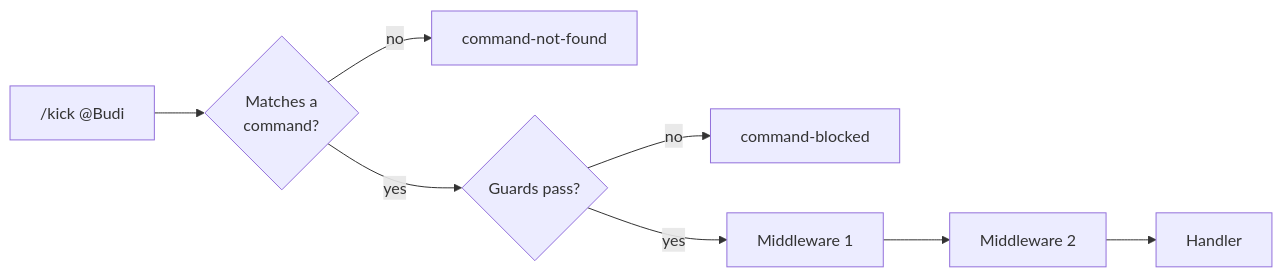
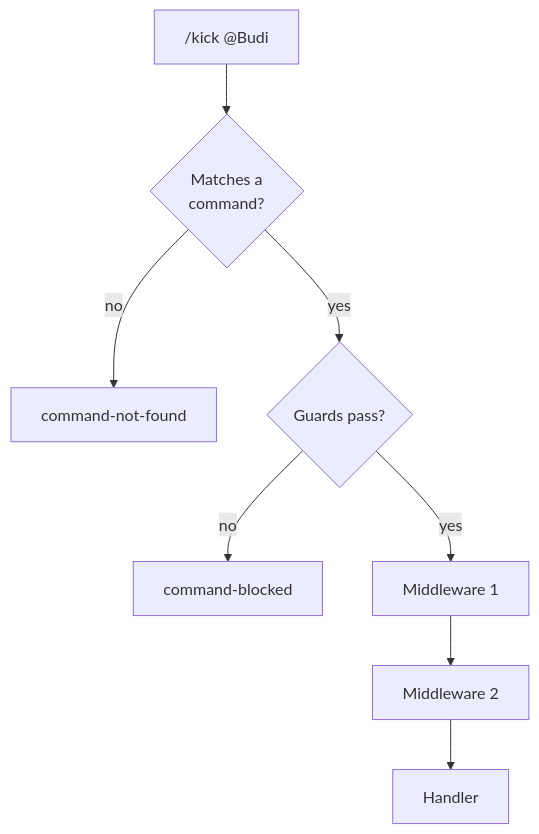
One commit to zeative/zaileys changed the diagram in docs/bots/middleware.mdx. Above: the diagram before and after it, drawn with Mermaid. The commit also changed 1 other file, not shown here.

Commit message:
docs: lay out the middleware and reconnect diagrams top to bottom

````diff
--- a/docs/bots/middleware.mdx
+++ b/docs/bots/middleware.mdx
@@ -55,8 +55,8 @@
 ```mermaid
-flowchart LR
+flowchart TD
   msg["/kick @Budi"] --> match{"Matches a<br/>command?"}
   match -->|no| notFound["command-not-found"]
   match -->|yes| guards{"Guards pass?"}
   guards -->|no| blocked["command-blocked"]
   guards -->|yes| first["Middleware 1"] --> second["Middleware 2"] --> handler["Handler"]
 ```
````
